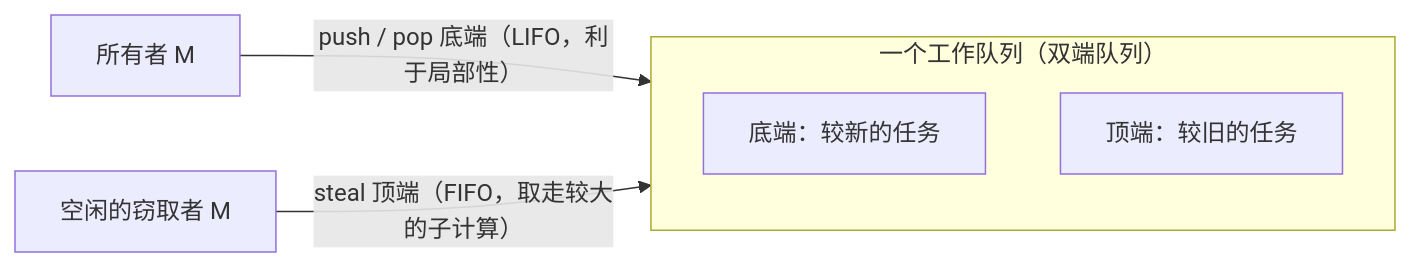
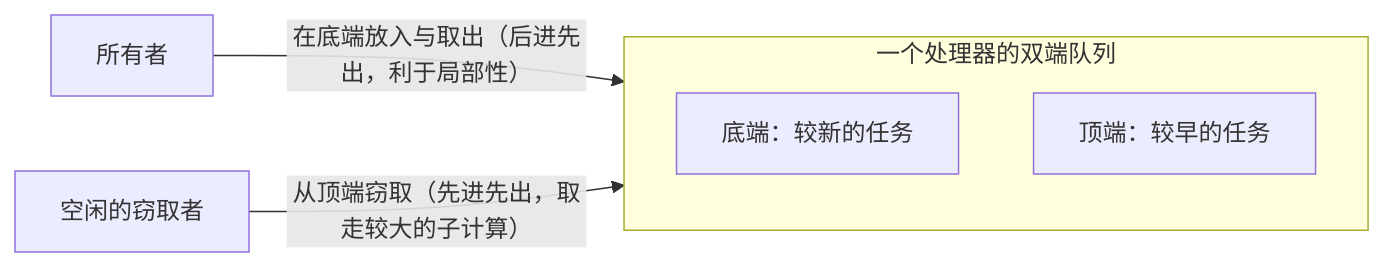
Before and after one commit to golang-design/under-the-hood: the diagram in book/zh-cn/part3concurrency/ch09sched/steal.md, drawn with Mermaid. The commit also changed other lines of this file and 11 other files, not shown here.

````diff
--- a/book/zh-cn/part3concurrency/ch09sched/steal.md
+++ b/book/zh-cn/part3concurrency/ch09sched/steal.md
@@ -92,10 +142,10 @@
 ```mermaid
 flowchart LR
-    OWNER["所有者 M"] -->|"push / pop 底端（LIFO，利于局部性）"| BOT
-    subgraph DQ["一个工作队列（双端队列）"]
+    OWNER["所有者"] -->|"在底端放入与取出（后进先出，利于局部性）"| BOT
+    subgraph DQ["一个处理器的双端队列"]
       direction TB
-      TOP["顶端：较旧的任务"]
+      TOP["顶端：较早的任务"]
       BOT["底端：较新的任务"]
     end
-    THIEF["空闲的窃取者 M"] -->|"steal 顶端（FIFO，取走较大的子计算）"| TOP
+    THIEF["空闲的窃取者"] -->|"从顶端窃取（先进先出，取走较大的子计算）"| TOP
 ```
````
